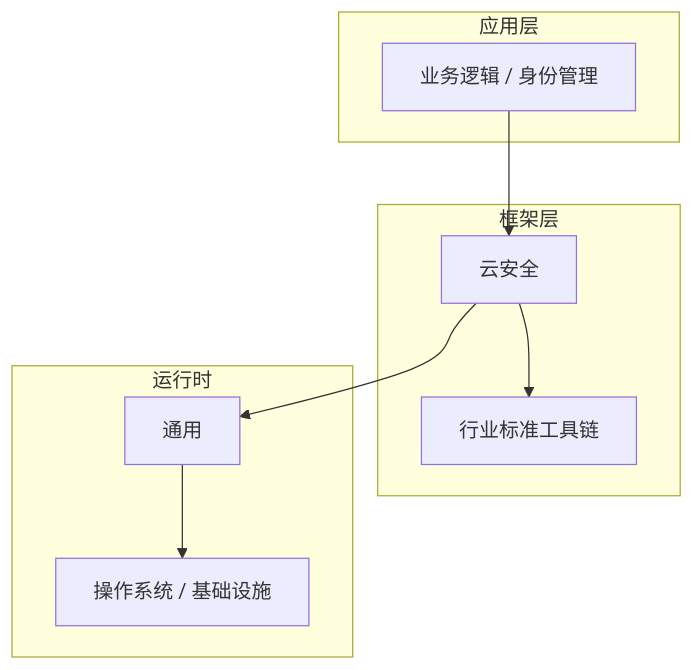
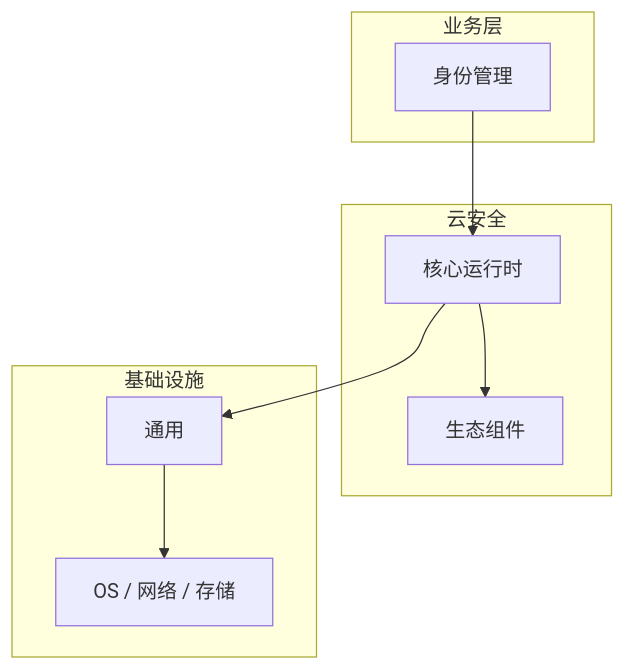
The diagram in articles/云安全/chapters/013-身份管理核心概念与原理.md (yanggan2015/knowledge-json-v2), drawn with Mermaid before and after one commit. The commit also changed other lines of this file and 10127 other files, not shown here.

````diff
--- a/articles/云安全/chapters/013-身份管理核心概念与原理.md
+++ b/articles/云安全/chapters/013-身份管理核心概念与原理.md
@@ -46,18 +31,18 @@
 ```mermaid
 graph TB
-    subgraph 应用层
-        A[业务逻辑 / 身份管理]
+    subgraph 业务层
+        A[身份管理]
     end
-    subgraph 框架层
-        B[云安全]
-        C[行业标准工具链]
+    subgraph 云安全
+        B[核心运行时]
+        C[生态组件]
     end
-    subgraph 运行时
+    subgraph 基础设施
         D[通用]
-        E[操作系统 / 基础设施]
+        E[OS / 网络 / 存储]
     end
     A --> B
     B --> C
     B --> D
     D --> E
 ```
````
